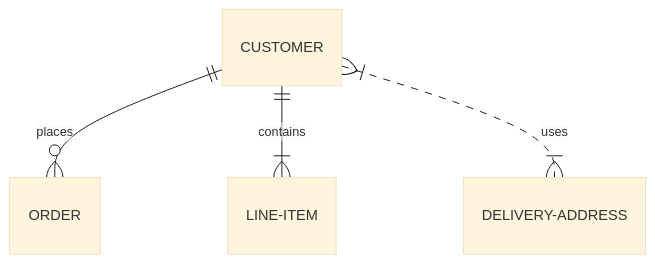
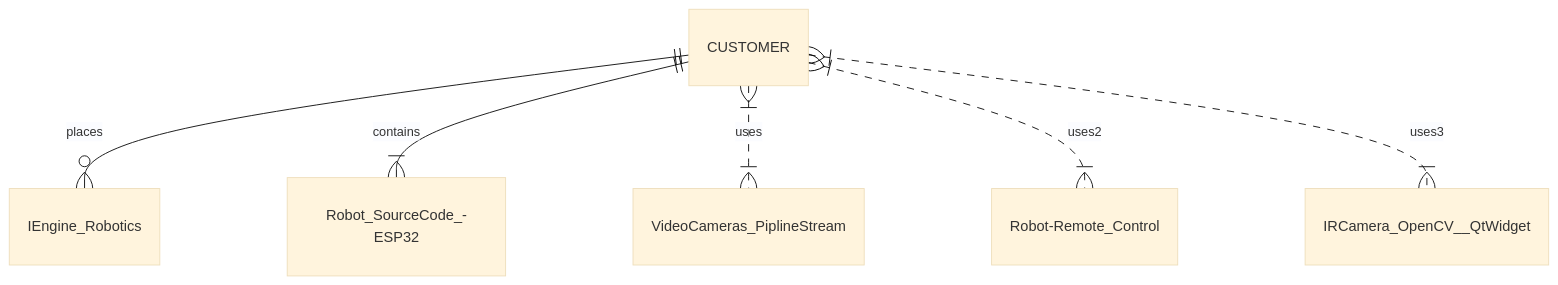
Before and after one commit to werasaimon/DYNAMIC-RBOBOTICS-SYSTEMS: the diagram in README.md, drawn with Mermaid (base theme).

````diff
--- a/README.md
+++ b/README.md
@@ -7,6 +7,8 @@
 ```mermaid
 erDiagram
-    CUSTOMER ||--o{ ORDER : places
-    CUSTOMER ||--|{ LINE-ITEM : contains
-    CUSTOMER }|..|{ DELIVERY-ADDRESS : uses
+    CUSTOMER ||--o{ IEngine_Robotics : places
+    CUSTOMER ||--|{ Robot_SourceCode_-ESP32 : contains
+    CUSTOMER }|..|{ VideoCameras_PiplineStream : uses
+    CUSTOMER }|..|{ Robot-Remote_Control : uses2
+    CUSTOMER }|..|{ IRCamera_OpenCV__QtWidget : uses3
 ```
````
